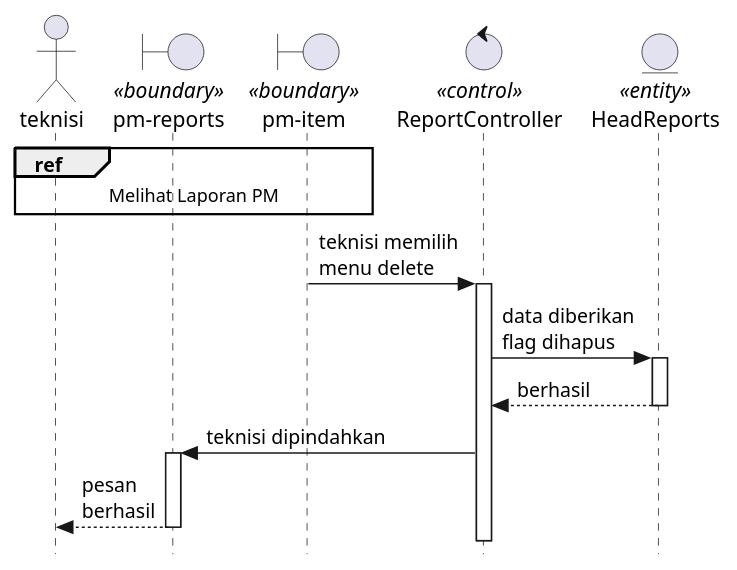
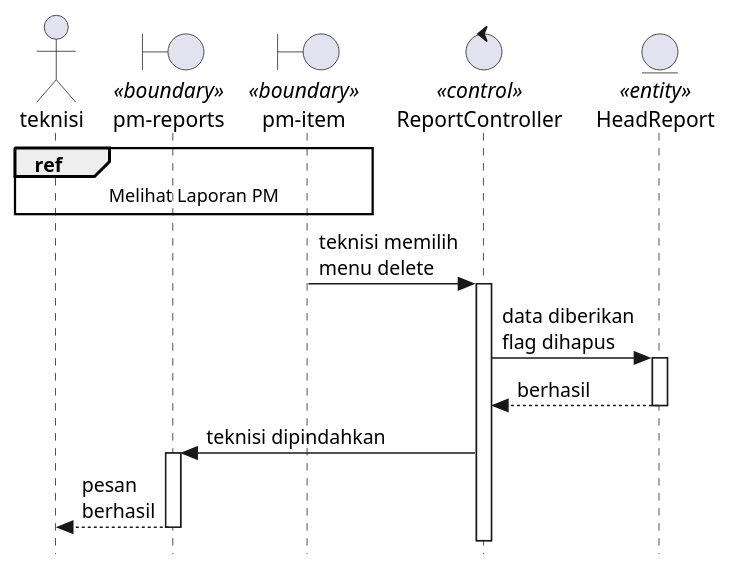
One commit to KPL-slur/eec-sifse-fixed changed the fourth of 4 diagrams in Docs/diagrams/sequence/PmReport.plantuml. Above: the diagram before and after it, drawn with PlantUML. The commit also changed other lines of this file and 5 other files, not shown here.

```diff
--- a/Docs/diagrams/sequence/PmReport.plantuml
+++ b/Docs/diagrams/sequence/PmReport.plantuml
@@ -133,24 +133,24 @@
 @startuml deletePM
 
 skinparam style strictuml
 
 actor teknisi
 boundary "pm-reports" as pm <<boundary>>
 boundary "pm-item" as pmItem <<boundary>>
 control ReportController <<control>>
-entity HeadReports <<entity>>
+entity HeadReport <<entity>>
 
 ref over teknisi, pmItem : Melihat Laporan PM
 
 pmItem -> ReportController : teknisi memilih\nmenu delete
     deactivate pmItem
     activate ReportController
-ReportController -> HeadReports : data diberikan\nflag dihapus
-    activate HeadReports
+ReportController -> HeadReport : data diberikan\nflag dihapus
+    activate HeadReport
     return berhasil
 ReportController -> pm : teknisi dipindahkan
     activate pm
 pm --> teknisi : pesan\nberhasil
     deactivate pm
 
 @enduml
```
